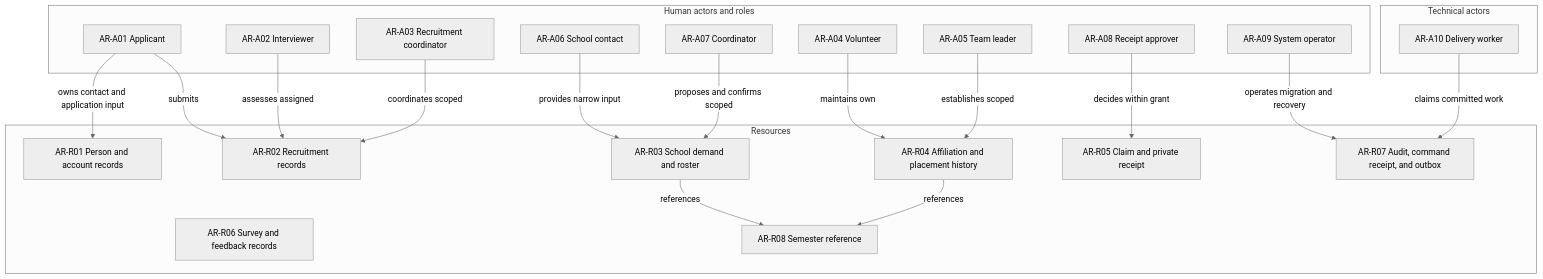
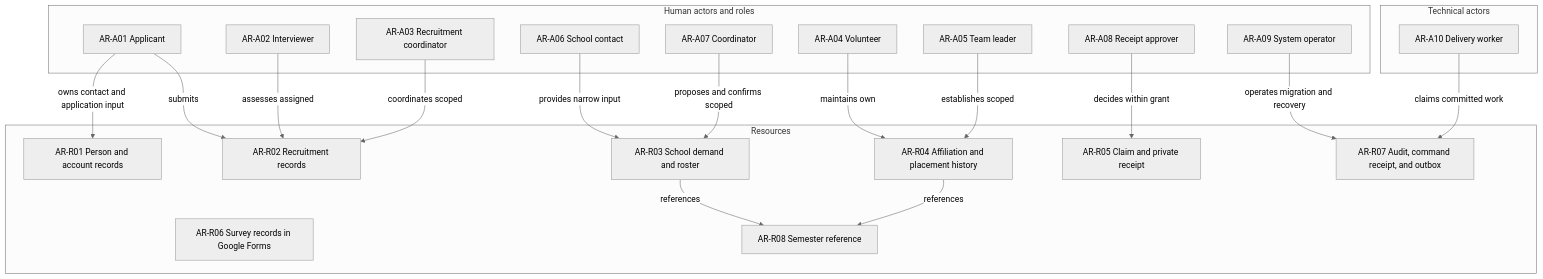
One commit to vektorprogrammet/mono-web changed the seventh of 13 diagrams in docs/enterprise-models.md. Above: the diagram before and after it, drawn with Mermaid (neutral theme). The commit also changed other lines of this file and 5 other files, not shown here.

First line of the commit message:
docs(surveys): record the Google Forms decision and the placement board supply

````diff
--- a/docs/enterprise-models.md
+++ b/docs/enterprise-models.md
@@ -234,43 +234,43 @@
 ```mermaid
 flowchart TB
   subgraph HumanRoles["Human actors and roles"]
     AR01["AR-A01 Applicant"]
     AR02["AR-A02 Interviewer"]
     AR03["AR-A03 Recruitment coordinator"]
     AR04["AR-A04 Volunteer"]
     AR05["AR-A05 Team leader"]
     AR06["AR-A06 School contact"]
     AR07["AR-A07 Coordinator"]
     AR08["AR-A08 Receipt approver"]
     AR09["AR-A09 System operator"]
   end
 
   subgraph TechnicalActors["Technical actors"]
     AR10["AR-A10 Delivery worker"]
   end
 
   subgraph Resources["Resources"]
     RR01["AR-R01 Person and account records"]
     RR02["AR-R02 Recruitment records"]
     RR03["AR-R03 School demand and roster"]
     RR04["AR-R04 Affiliation and placement history"]
     RR05["AR-R05 Claim and private receipt"]
-    RR06["AR-R06 Survey and feedback records"]
+    RR06["AR-R06 Survey records in Google Forms"]
     RR07["AR-R07 Audit, command receipt, and outbox"]
     RR08["AR-R08 Semester reference"]
   end
 
   AR01 -->|owns contact and application input| RR01
   AR01 -->|submits| RR02
   AR02 -->|assesses assigned| RR02
   AR03 -->|coordinates scoped| RR02
   AR04 -->|maintains own| RR04
   AR05 -->|establishes scoped| RR04
   AR06 -->|provides narrow input| RR03
   AR07 -->|proposes and confirms scoped| RR03
   AR08 -->|decides within grant| RR05
   AR09 -->|operates migration and recovery| RR07
   AR10 -->|claims committed work| RR07
   RR03 -->|references| RR08
   RR04 -->|references| RR08
 ```
````
